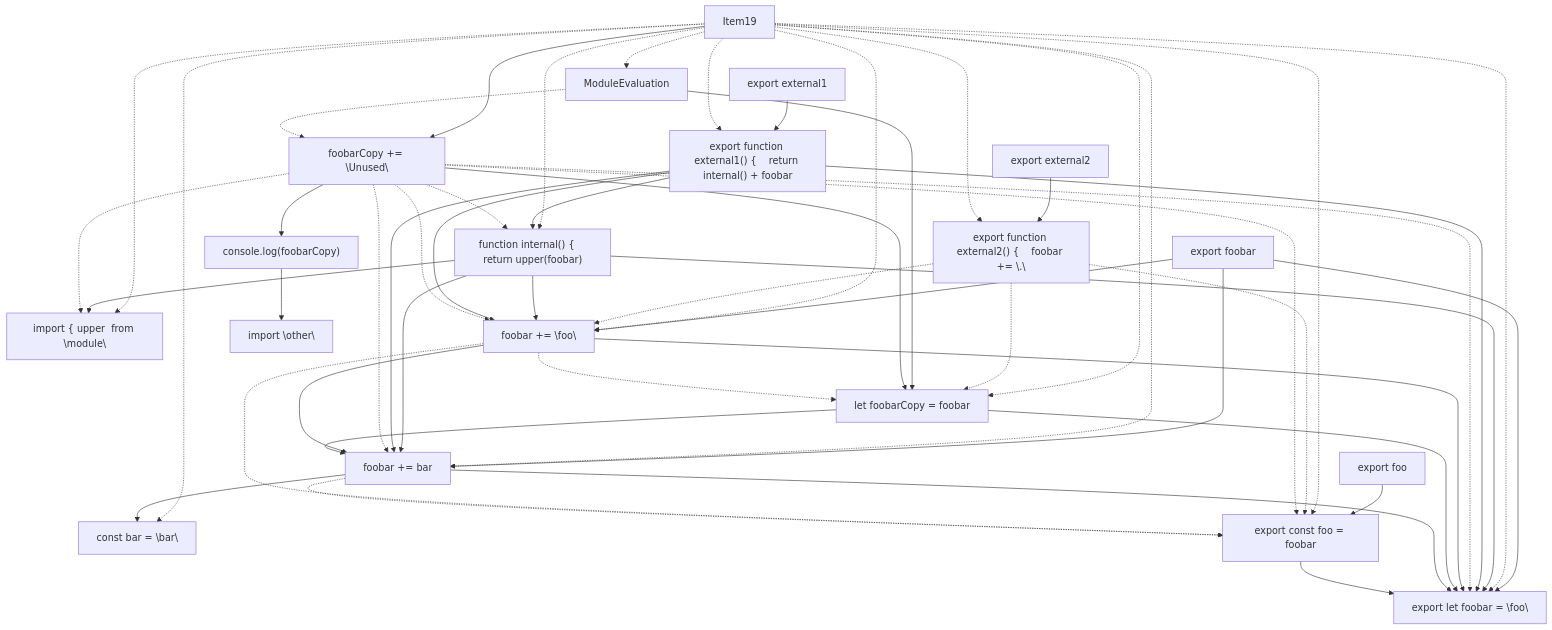
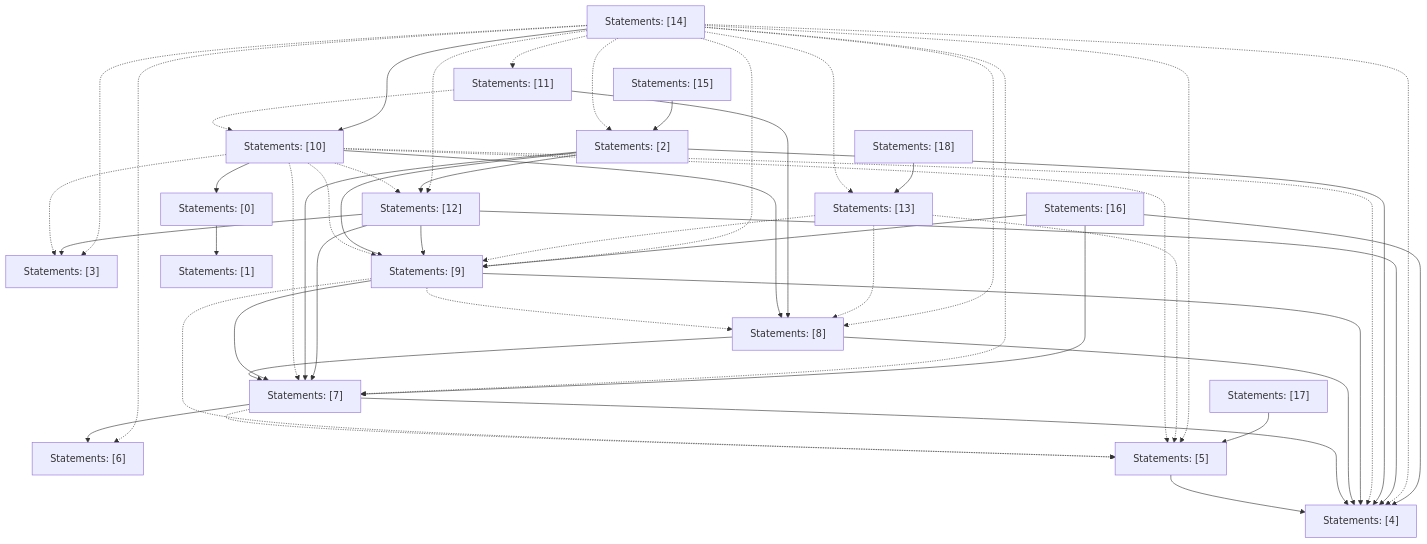
Before and after one commit to vercel/turborepo: the fifth of 5 diagrams in crates/turbopack-ecmascript/tests/tree-shaker/analyzer/2/output.md, drawn with Mermaid. The commit also changed 3 other files, not shown here.

````diff
--- a/crates/turbopack-ecmascript/tests/tree-shaker/analyzer/2/output.md
+++ b/crates/turbopack-ecmascript/tests/tree-shaker/analyzer/2/output.md
@@ -368,71 +368,72 @@
 ```mermaid
 graph TD
-    Item1["import { upper  from \"module\""];
-    Item2["const bar = \"bar\""];
-    Item3["export let foobar = \"foo\""];
-    Item4["export const foo = foobar"];
-    Item5["export foo"];
-    Item6["foobar += bar"];
-    Item7["let foobarCopy = foobar"];
-    Item8["foobar += \"foo\""];
-    Item9["export foobar"];
-    Item10["export function external2() {    foobar += \".\""];
-    Item11["export external2"];
-    Item12["function internal() {    return upper(foobar)"];
-    Item13["export function external1() {    return internal() + foobar"];
-    Item14["export external1"];
-    Item15["import \"other\""];
-    Item16["console.log(foobarCopy)"];
-    Item17["foobarCopy += \"Unused\""];
-    Item18["ModuleEvaluation"];
-    Item16 --> Item15;
-    Item4 --> Item3;
-    Item6 --> Item2;
-    Item6 --> Item3;
-    Item6 -.-> Item4;
-    Item7 --> Item3;
-    Item7 --> Item6;
-    Item8 --> Item3;
-    Item8 --> Item6;
-    Item8 -.-> Item4;
-    Item8 -.-> Item7;
-    Item17 --> Item7;
-    Item17 --> Item16;
-    Item17 -.-> Item12;
-    Item17 -.-> Item3;
-    Item17 -.-> Item6;
-    Item17 -.-> Item8;
-    Item17 -.-> Item4;
-    Item17 -.-> Item1;
-    Item18 --> Item7;
-    Item18 -.-> Item17;
-    Item13 --> Item12;
-    Item13 --> Item3;
-    Item13 --> Item6;
-    Item13 --> Item8;
-    Item12 --> Item1;
-    Item12 --> Item3;
-    Item12 --> Item6;
-    Item12 --> Item8;
-    Item10 -.-> Item4;
-    Item10 -.-> Item7;
-    Item10 -.-> Item8;
-    Item19 --> Item17;
-    Item19 -.-> Item13;
-    Item19 -.-> Item1;
-    Item19 -.-> Item3;
-    Item19 -.-> Item6;
-    Item19 -.-> Item8;
-    Item19 -.-> Item4;
-    Item19 -.-> Item7;
-    Item19 -.-> Item2;
-    Item19 -.-> Item18;
-    Item19 -.-> Item12;
-    Item19 -.-> Item10;
-    Item14 --> Item13;
-    Item9 --> Item3;
-    Item9 --> Item6;
-    Item9 --> Item8;
-    Item5 --> Item4;
-    Item11 --> Item10;
+    N0["Statements: [3]"];
+    N1["Statements: [6]"];
+    N2["Statements: [4]"];
+    N3["Statements: [5]"];
+    N4["Statements: [17]"];
+    N5["Statements: [7]"];
+    N6["Statements: [8]"];
+    N7["Statements: [9]"];
+    N8["Statements: [16]"];
+    N9["Statements: [13]"];
+    N10["Statements: [18]"];
+    N11["Statements: [12]"];
+    N12["Statements: [2]"];
+    N13["Statements: [15]"];
+    N14["Statements: [1]"];
+    N15["Statements: [0]"];
+    N16["Statements: [10]"];
+    N17["Statements: [11]"];
+    N18["Statements: [14]"];
+    N15 --> N14;
+    N3 --> N2;
+    N5 --> N1;
+    N5 --> N2;
+    N5 -.-> N3;
+    N6 --> N2;
+    N6 --> N5;
+    N7 --> N2;
+    N7 --> N5;
+    N7 -.-> N3;
+    N7 -.-> N6;
+    N16 --> N6;
+    N16 --> N15;
+    N16 -.-> N11;
+    N16 -.-> N2;
+    N16 -.-> N5;
+    N16 -.-> N7;
+    N16 -.-> N3;
+    N16 -.-> N0;
+    N17 --> N6;
+    N17 -.-> N16;
+    N12 --> N11;
+    N12 --> N2;
+    N12 --> N5;
+    N12 --> N7;
+    N11 --> N0;
+    N11 --> N2;
+    N11 --> N5;
+    N11 --> N7;
+    N9 -.-> N3;
+    N9 -.-> N6;
+    N9 -.-> N7;
+    N18 --> N16;
+    N18 -.-> N12;
+    N18 -.-> N0;
+    N18 -.-> N2;
+    N18 -.-> N5;
+    N18 -.-> N7;
+    N18 -.-> N3;
+    N18 -.-> N6;
+    N18 -.-> N1;
+    N18 -.-> N17;
+    N18 -.-> N11;
+    N18 -.-> N9;
+    N13 --> N12;
+    N8 --> N2;
+    N8 --> N5;
+    N8 --> N7;
+    N4 --> N3;
+    N10 --> N9;
 ```
````
